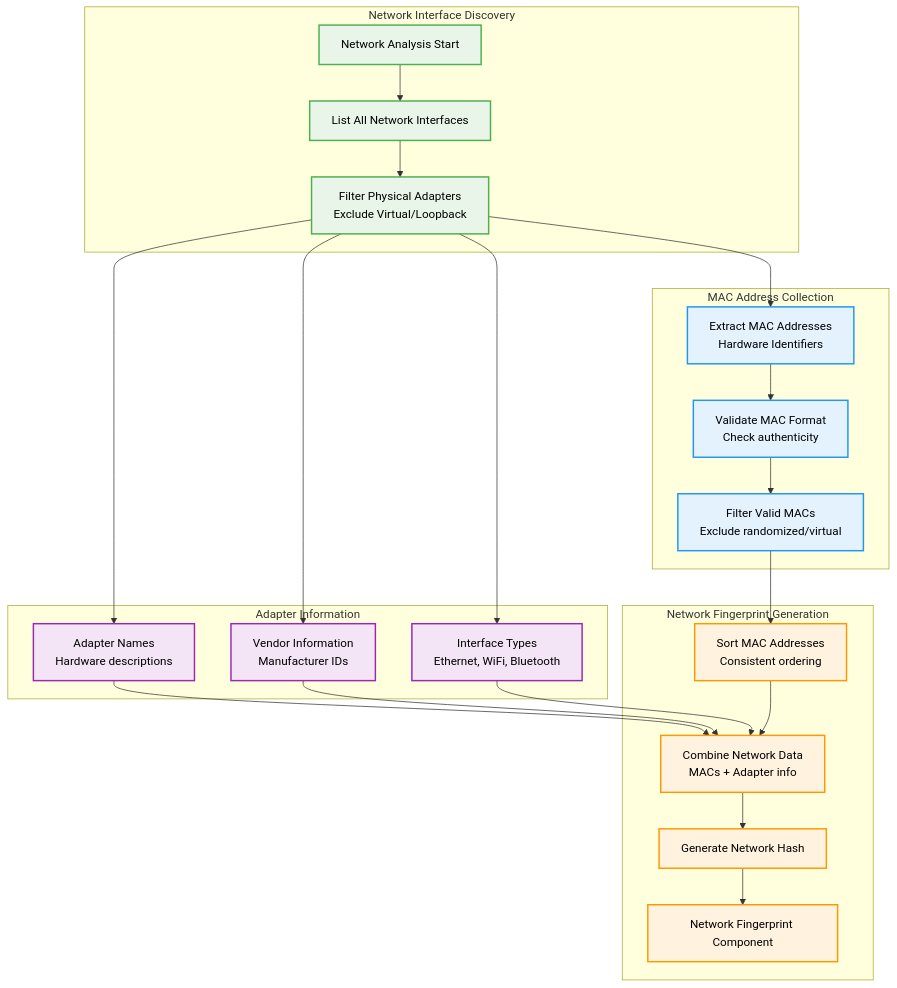
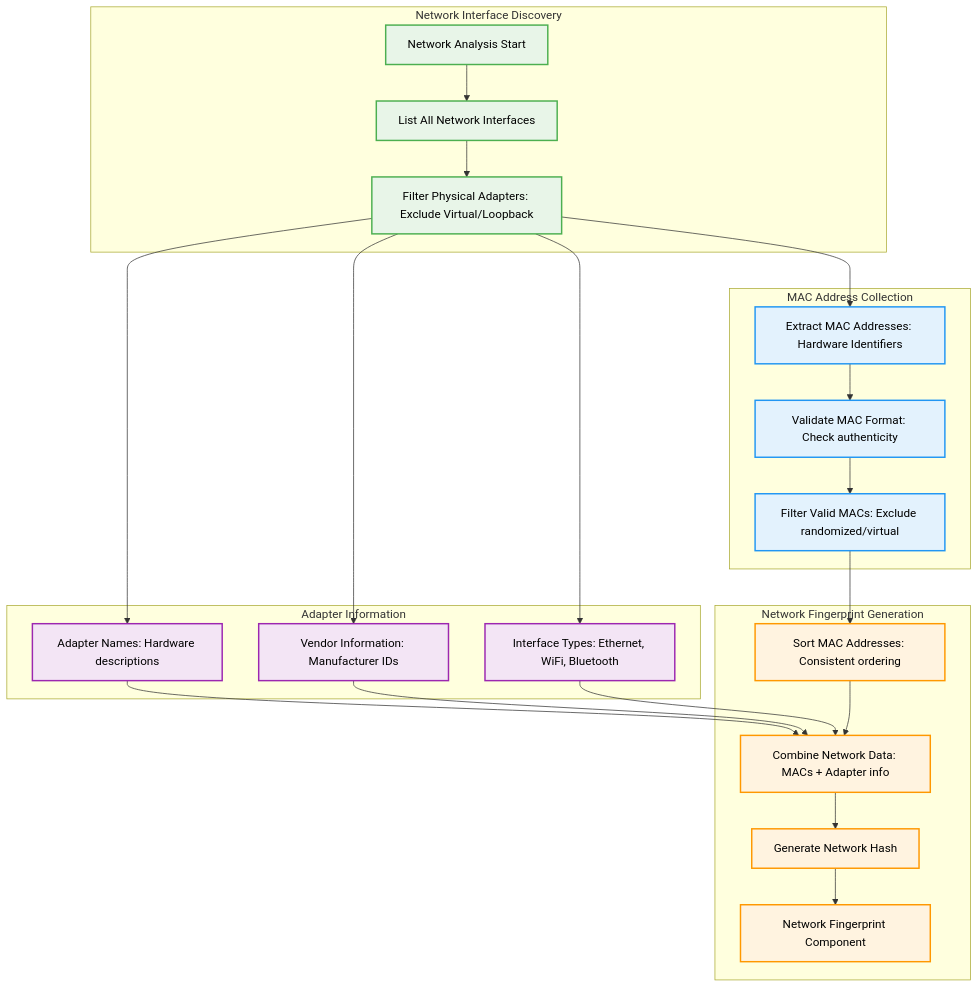
The sixth of 7 diagrams in README.md (Johnsonajibi/DeviceFingerprinting), drawn with Mermaid before and after one commit. The commit also changed other lines of this file, not shown here.

First line of the commit message:
Fix Mermaid diagram syntax errors

````diff
--- a/README.md
+++ b/README.md
@@ -311,56 +311,56 @@
 ```mermaid
 graph TB
     subgraph "Network Interface Discovery"
         NetStart[Network Analysis Start]
         ListInterfaces[List All Network Interfaces]
-        FilterPhysical[Filter Physical Adapters<br/>Exclude Virtual/Loopback]
+        FilterPhysical["Filter Physical Adapters: Exclude Virtual/Loopback"]
     end
     
     subgraph "MAC Address Collection"
-        GetMACs[Extract MAC Addresses<br/>Hardware Identifiers]
-        ValidateMACs[Validate MAC Format<br/>Check authenticity]
-        FilterValid[Filter Valid MACs<br/>Exclude randomized/virtual]
+        GetMACs["Extract MAC Addresses: Hardware Identifiers"]
+        ValidateMACs["Validate MAC Format: Check authenticity"]
+        FilterValid["Filter Valid MACs: Exclude randomized/virtual"]
     end
     
     subgraph "Adapter Information"
-        AdapterName[Adapter Names<br/>Hardware descriptions]
-        AdapterVendor[Vendor Information<br/>Manufacturer IDs]
-        AdapterType[Interface Types<br/>Ethernet, WiFi, Bluetooth]
+        AdapterName["Adapter Names: Hardware descriptions"]
+        AdapterVendor["Vendor Information: Manufacturer IDs"]
+        AdapterType["Interface Types: Ethernet, WiFi, Bluetooth"]
     end
     
     subgraph "Network Fingerprint Generation"
-        SortMACs[Sort MAC Addresses<br/>Consistent ordering]
-        CombineNetData[Combine Network Data<br/>MACs + Adapter info]
+        SortMACs["Sort MAC Addresses: Consistent ordering"]
+        CombineNetData["Combine Network Data: MACs + Adapter info"]
         NetHash[Generate Network Hash]
         NetComponent[Network Fingerprint Component]
     end
     
     NetStart --> ListInterfaces
     ListInterfaces --> FilterPhysical
     FilterPhysical --> GetMACs
     FilterPhysical --> AdapterName
     FilterPhysical --> AdapterVendor
     FilterPhysical --> AdapterType
     
     GetMACs --> ValidateMACs
     ValidateMACs --> FilterValid
     FilterValid --> SortMACs
     
     AdapterName --> CombineNetData
     AdapterVendor --> CombineNetData
     AdapterType --> CombineNetData
     SortMACs --> CombineNetData
     
     CombineNetData --> NetHash
     NetHash --> NetComponent
     
     classDef discovery fill:#e8f5e8,stroke:#4caf50,stroke-width:2px,color:#000000
     classDef macCollection fill:#e3f2fd,stroke:#2196f3,stroke-width:2px,color:#000000
     classDef adapterInfo fill:#f3e5f5,stroke:#9c27b0,stroke-width:2px,color:#000000
     classDef generation fill:#fff3e0,stroke:#ff9800,stroke-width:2px,color:#000000
     
     class NetStart,ListInterfaces,FilterPhysical discovery
     class GetMACs,ValidateMACs,FilterValid macCollection
     class AdapterName,AdapterVendor,AdapterType adapterInfo
     class SortMACs,CombineNetData,NetHash,NetComponent generation
 ```
````
